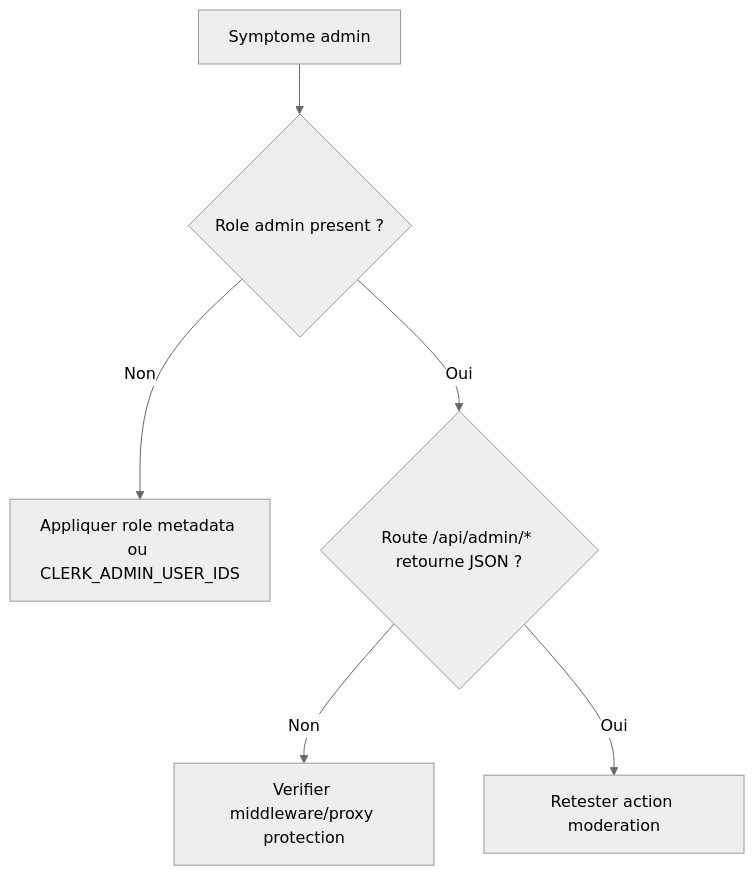
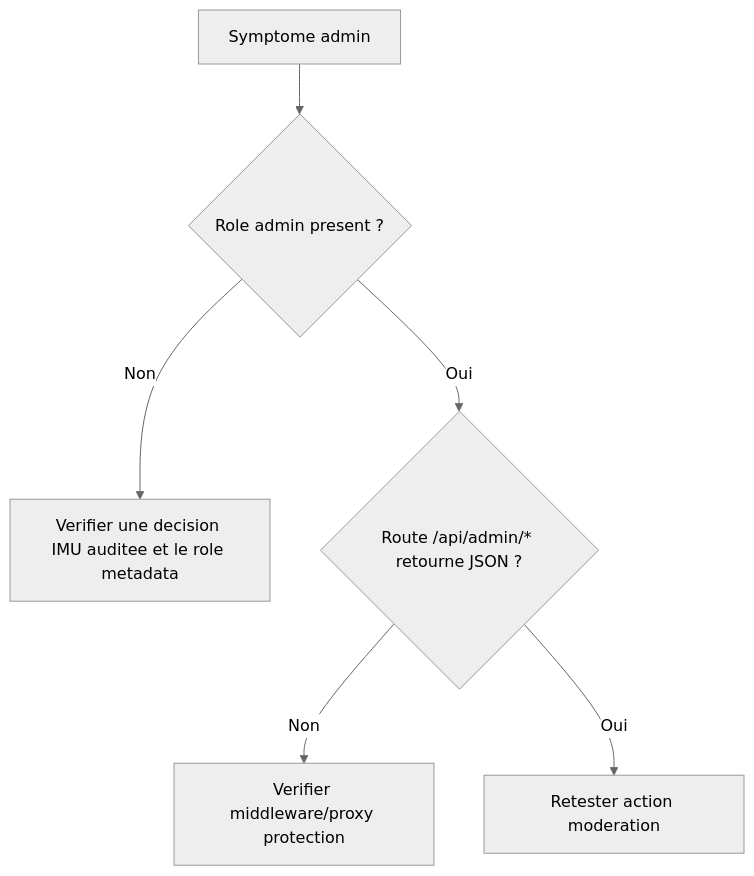
The third of 6 diagrams in documentation/operations/incidents-frequents-et-reprise.md (maxd4/CleanmyMap), drawn with Mermaid (neutral theme) before and after one commit. The commit also changed 19 other files, not shown here.

````diff
--- a/documentation/operations/incidents-frequents-et-reprise.md
+++ b/documentation/operations/incidents-frequents-et-reprise.md
@@ -36,8 +36,8 @@
 ```mermaid
 flowchart TD
   A[Symptome admin] --> B{Role admin present ?}
-  B -- Non --> B1[Appliquer role metadata ou CLERK_ADMIN_USER_IDS]
+  B -- Non --> B1[Verifier une decision IMU auditee et le role metadata]
   B -- Oui --> C{Route /api/admin/* retourne JSON ?}
   C -- Non --> C1[Verifier middleware/proxy protection]
   C -- Oui --> D[Retester action moderation]
 ```
````
